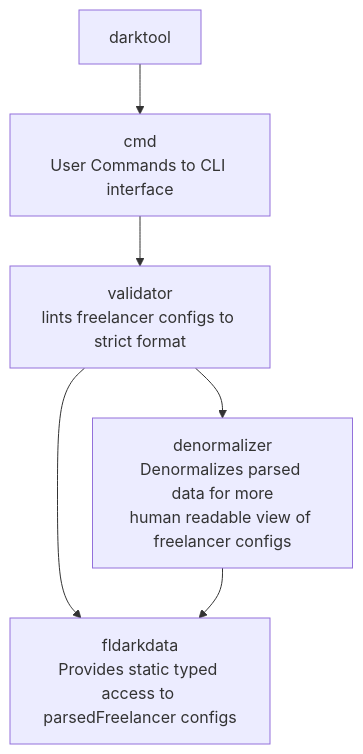
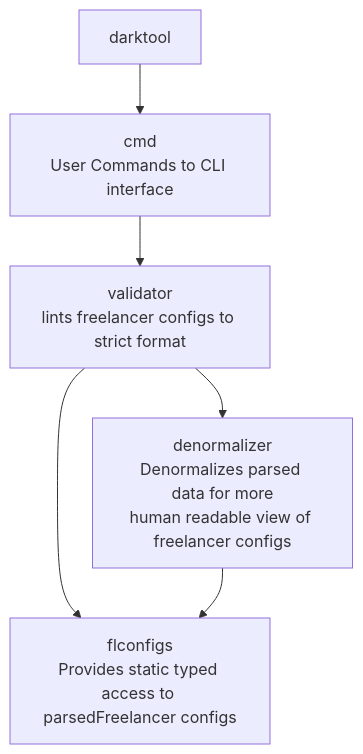
Before and after one commit to darklab8/fl-darklint: the diagram in README.md, drawn with Mermaid. The commit also changed 4 other files, not shown here.

````diff
--- a/README.md
+++ b/README.md
@@ -67,9 +67,9 @@
 ```mermaid
 flowchart TD
     darktool --> cmd
     cmd[cmd\nUser Commands to CLI interface]
     cmd --> validator[validator\nlints freelancer configs to strict format]
-    validator --> fldarkdata[fldarkdata\nProvides static typed access to parsedFreelancer configs]
+    validator --> flconfigs[flconfigs\nProvides static typed access to parsedFreelancer configs]
     validator --> denormalizer[denormalizer\nDenormalizes parsed data for more\nhuman readable view of freelancer configs]
-    denormalizer --> fldarkdata
+    denormalizer --> flconfigs
 ```
````
